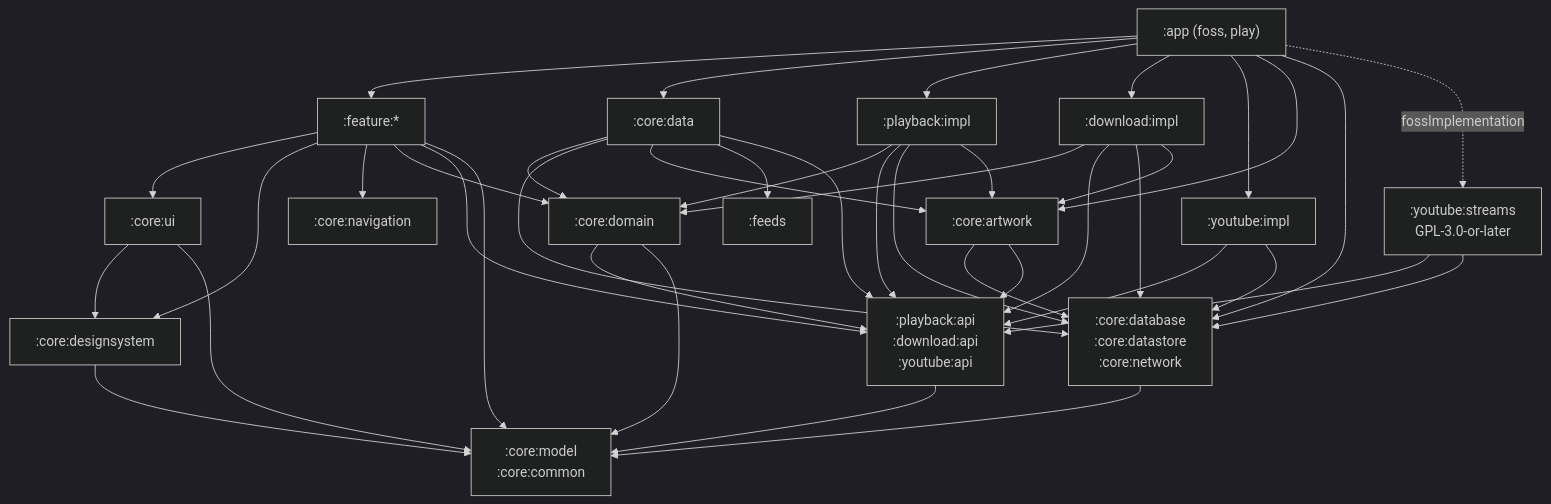
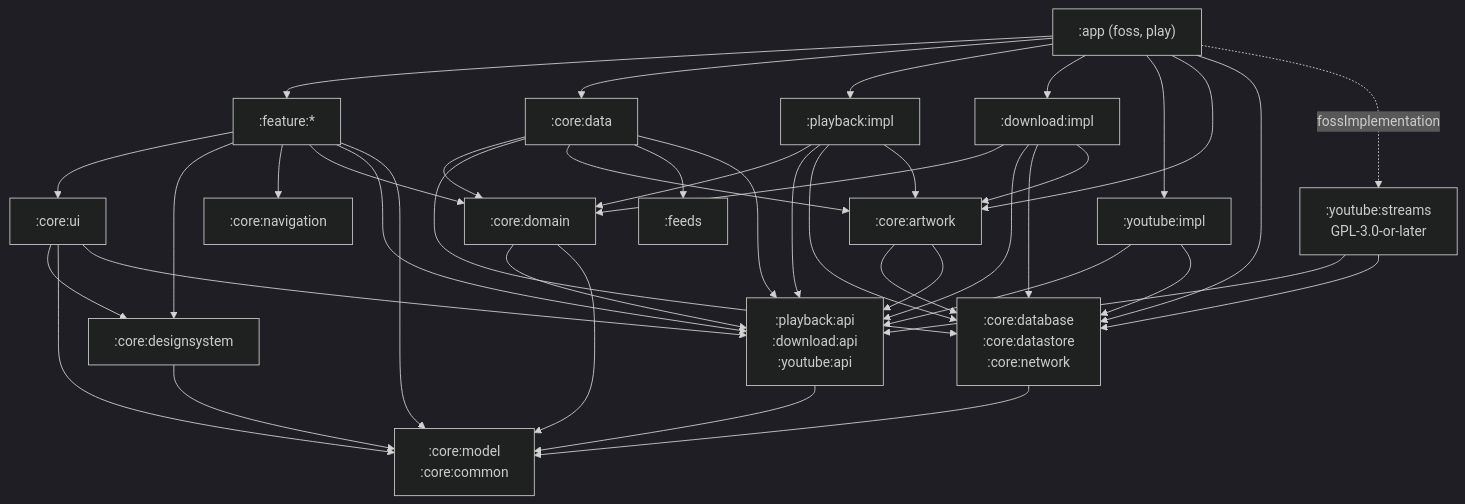
One commit to BigBoyDevBox/Neutrodyne changed the first of 3 diagrams in docs/design/01-foundation.md. Above: the diagram before and after it, drawn with Mermaid (dark theme). The commit also changed other lines of this file and 8 other files, not shown here.

````diff
--- a/docs/design/01-foundation.md
+++ b/docs/design/01-foundation.md
@@ -532,33 +532,33 @@
 ```mermaid
 flowchart TB
   app[":app (foss, play)"]
   feat[":feature:*"]
   ui[":core:ui"]
   ds[":core:designsystem"]
   nav[":core:navigation"]
   dom[":core:domain"]
   apis[":playback:api<br/>:download:api<br/>:youtube:api"]
   data[":core:data"]
   pimpl[":playback:impl"]
   dimpl[":download:impl"]
   yimpl[":youtube:impl"]
   ys[":youtube:streams<br/>GPL-3.0-or-later"]
   art[":core:artwork"]
   infra[":core:database<br/>:core:datastore<br/>:core:network"]
   feeds[":feeds"]
   base[":core:model<br/>:core:common"]
   app --> feat & data & pimpl & dimpl & yimpl & art & infra
   app -.->|fossImplementation| ys
   feat --> ui & ds & nav & dom & apis & base
-  ui --> ds & base
+  ui --> ds & base & apis
   ds --> base
   dom --> apis & base
   apis --> base
   data --> dom & infra & art & feeds & apis
   pimpl --> dom & apis & infra & art
   dimpl --> dom & apis & infra & art
   yimpl --> apis & infra
   ys --> apis & infra
   art --> infra & apis
   infra --> base
 ```
````
